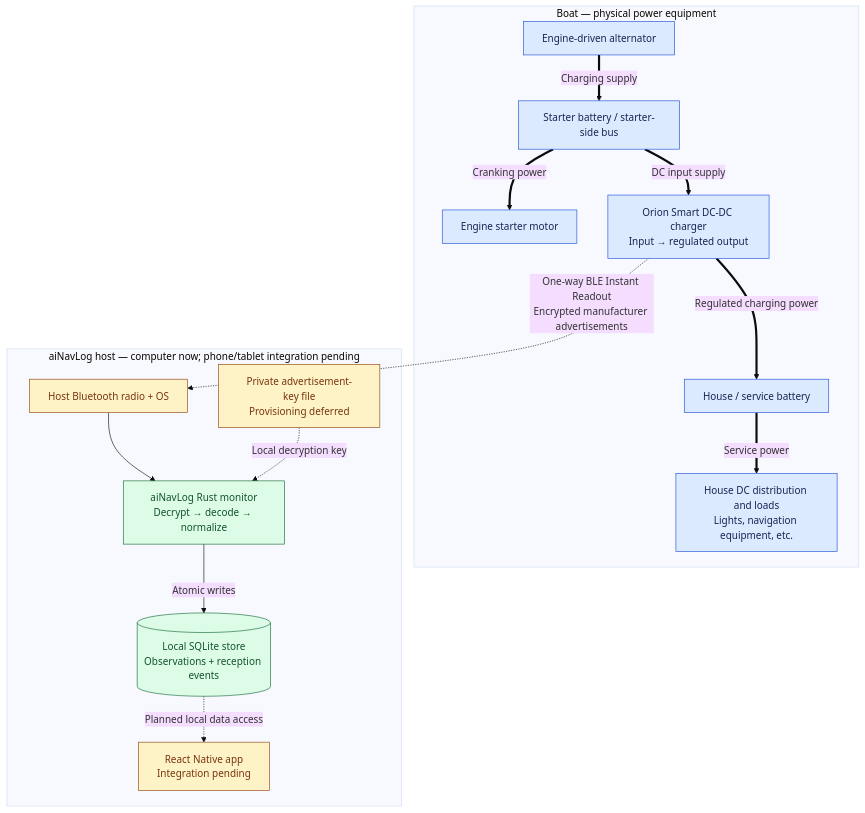
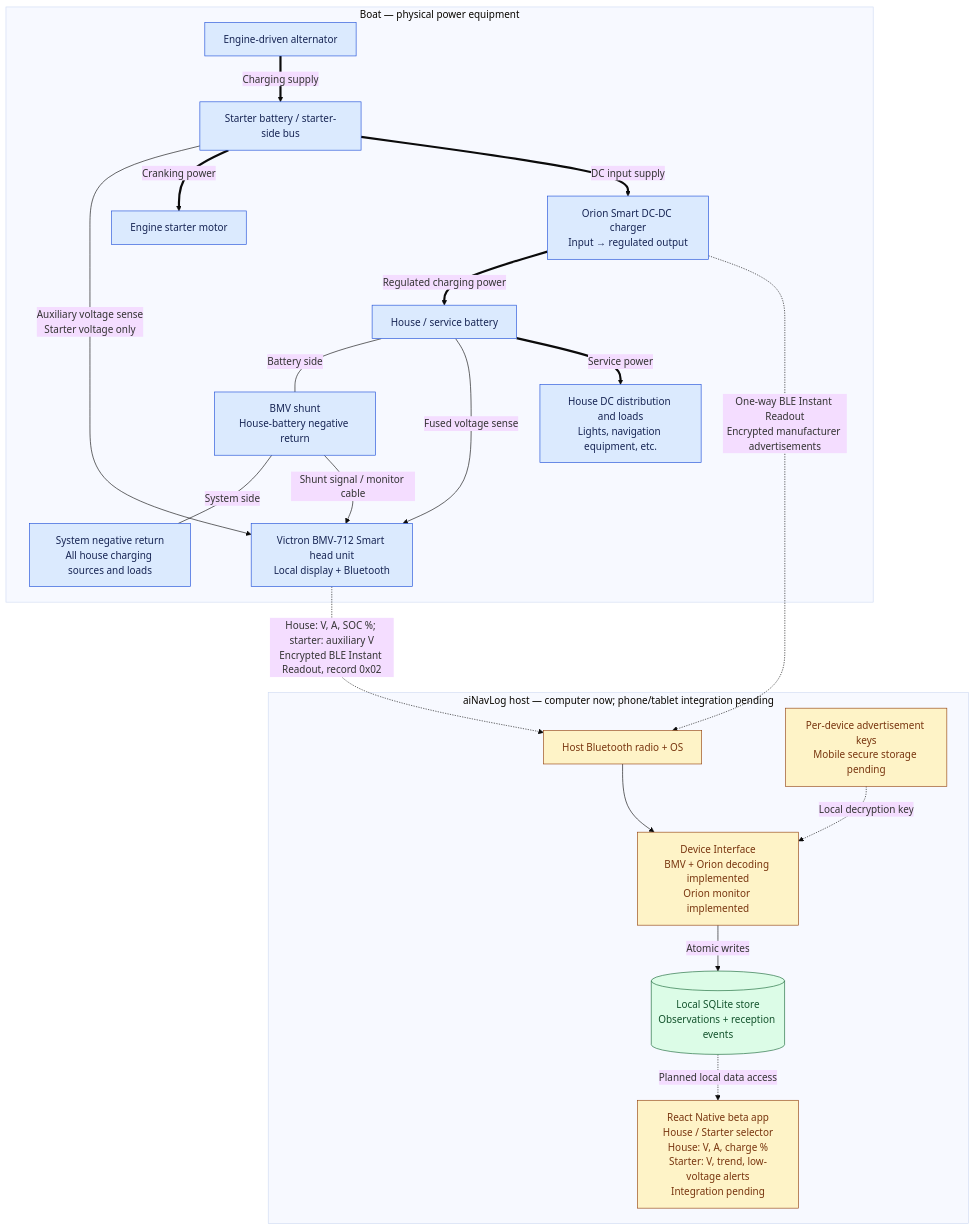
One commit to amanlig/kodekomplete changed the diagram in docs/orion-physical-architecture.md. Above: the diagram before and after it, drawn with Mermaid (base theme). The commit also changed other lines of this file and 21 other files, not shown here.

Commit message:
finalize electrical device interface design and project plan

````diff
--- a/docs/orion-physical-architecture.md
+++ b/docs/orion-physical-architecture.md
@@ -24,39 +48,48 @@
 ```mermaid
 flowchart TB
     subgraph BOAT["Boat — physical power equipment"]
         ALT["Engine-driven alternator"]
         START["Starter battery / starter-side bus"]
         MOTOR["Engine starter motor"]
         ORION["Orion Smart DC-DC charger\nInput → regulated output"]
         HOUSE["House / service battery"]
+        SHUNT["BMV shunt\nHouse-battery negative return"]
+        BMV["Victron BMV-712 Smart head unit\nLocal display + Bluetooth"]
+        RETURN["System negative return\nAll house charging sources and loads"]
+        HOUSE ---|"Battery side"| SHUNT
+        SHUNT ---|"System side"| RETURN
+        SHUNT -->|"Shunt signal / monitor cable"| BMV
+        HOUSE -->|"Fused voltage sense"| BMV
+        START -->|"Auxiliary voltage sense\nStarter voltage only"| BMV
         LOADS["House DC distribution and loads\nLights, navigation equipment, etc."]
         ALT ==>|"Charging supply"| START
         START ==>|"Cranking power"| MOTOR
         START ==>|"DC input supply"| ORION
         ORION ==>|"Regulated charging power"| HOUSE
         HOUSE ==>|"Service power"| LOADS
     end
 
     subgraph HOST["aiNavLog host — computer now; phone/tablet integration pending"]
         BLE["Host Bluetooth radio + OS"]
-        MON["aiNavLog Rust monitor\nDecrypt → decode → normalize"]
+        MON["Device Interface\nBMV + Orion decoding implemented\nOrion monitor implemented"]
         DB[("Local SQLite store\nObservations + reception events")]
-        KEY["Private advertisement-key file\nProvisioning deferred"]
-        UI["React Native app\nIntegration pending"]
+        KEY["Per-device advertisement keys\nMobile secure storage pending"]
+        UI["React Native beta app\nHouse / Starter selector\nHouse: V, A, charge %\nStarter: V, trend, low-voltage alerts\nIntegration pending"]
         BLE --> MON
         KEY -.->|"Local decryption key"| MON
         MON -->|"Atomic writes"| DB
         DB -.->|"Planned local data access"| UI
     end
 
+    BMV -.->|"House: V, A, SOC %; starter: auxiliary V\nEncrypted BLE Instant Readout, record 0x02"| BLE
     ORION -.->|"One-way BLE Instant Readout\nEncrypted manufacturer advertisements"| BLE
 
     classDef equipment fill:#dbeafe,stroke:#1d4ed8,color:#172554
     classDef implemented fill:#dcfce7,stroke:#166534,color:#14532d
     classDef pending fill:#fef3c7,stroke:#92400e,color:#78350f
-    class ALT,START,MOTOR,ORION,HOUSE,LOADS equipment
-    class MON,DB implemented
-    class BLE,KEY,UI pending
+    class ALT,START,MOTOR,ORION,HOUSE,LOADS,SHUNT,BMV,RETURN equipment
+    class DB implemented
+    class BLE,KEY,UI,MON pending
     click MON "../device-interface/src/monitor.rs" "Open monitor source"
     click DB "../device-interface/src/store.rs" "Open SQLite source"
 ```
````
